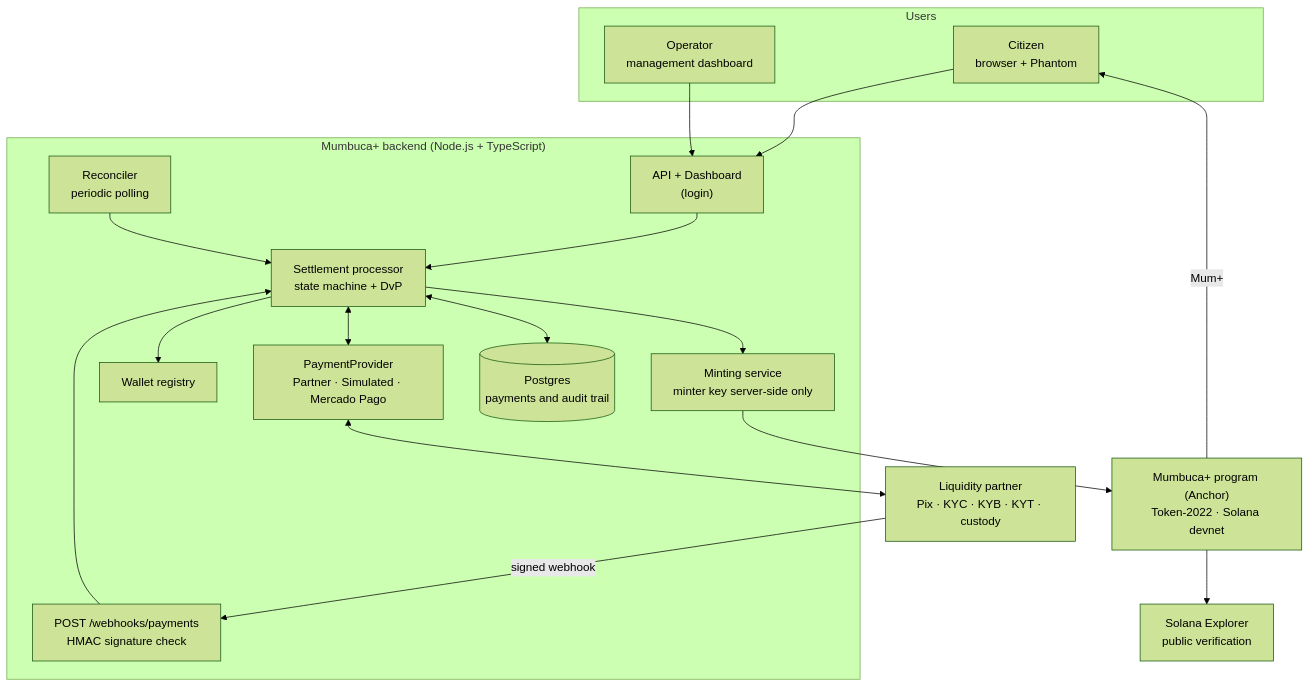
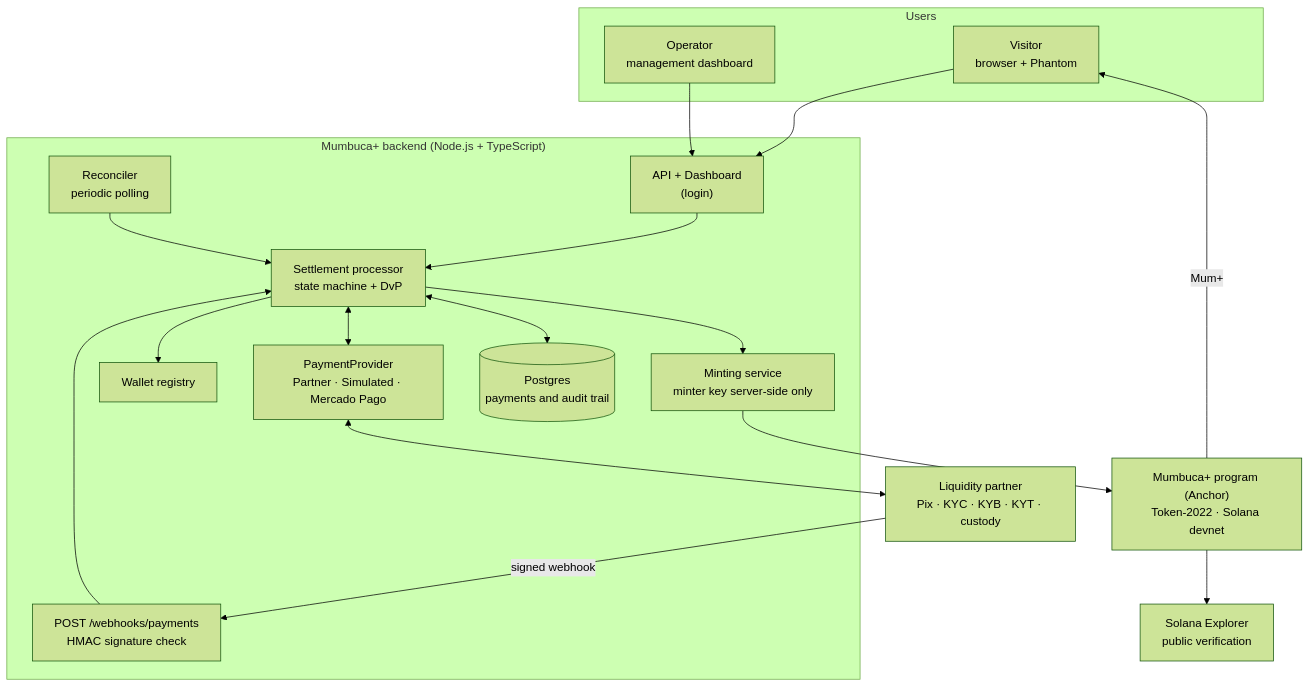
One commit to Peragus01/Mumbuca-plus changed the second of 4 diagrams in README.en.md. Above: the diagram before and after it, drawn with Mermaid (forest theme). The commit also changed other lines of this file and 1 other file, not shown here.

Commit message:
docs: align READMEs with the visitor audience (benefits in Maricá, profit to culture)

````diff
--- a/README.en.md
+++ b/README.en.md
@@ -194,34 +211,34 @@
 ```mermaid
 flowchart TB
     subgraph Users["Users"]
-        C["Citizen<br/>browser + Phantom"]
+        C["Visitor<br/>browser + Phantom"]
         O["Operator<br/>management dashboard"]
     end
 
     subgraph Backend["Mumbuca+ backend (Node.js + TypeScript)"]
         API["API + Dashboard<br/>(login)"]
         WH["POST /webhooks/payments<br/>HMAC signature check"]
         PP["PaymentProvider<br/>Partner · Simulated · Mercado Pago"]
         PROC["Settlement processor<br/>state machine + DvP"]
         REC["Reconciler<br/>periodic polling"]
         WR["Wallet registry"]
         MS["Minting service<br/>minter key server-side only"]
         DB[("Postgres<br/>payments and audit trail")]
     end
 
     LP["Liquidity partner<br/>Pix · KYC · KYB · KYT · custody"]
     SC["Mumbuca+ program (Anchor)<br/>Token-2022 · Solana devnet"]
     EX["Solana Explorer<br/>public verification"]
 
     C --> API
     O --> API
     API --> PROC
     LP -->|signed webhook| WH --> PROC
     REC --> PROC
     PROC <--> PP <--> LP
     PROC --> WR
     PROC --> MS --> SC
     PROC <--> DB
     SC --> EX
     SC -->|Mum+| C
 ```
````
